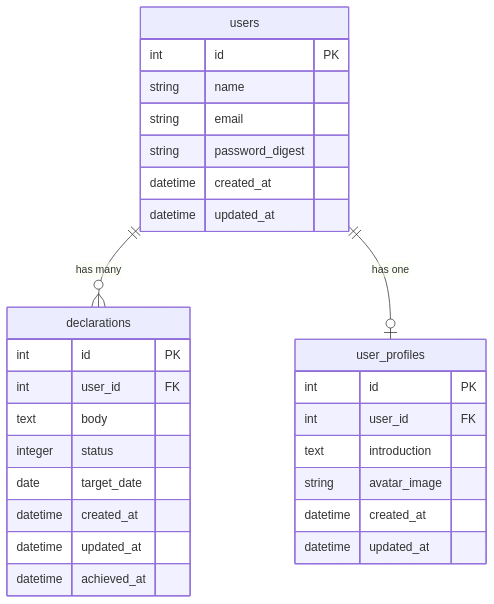
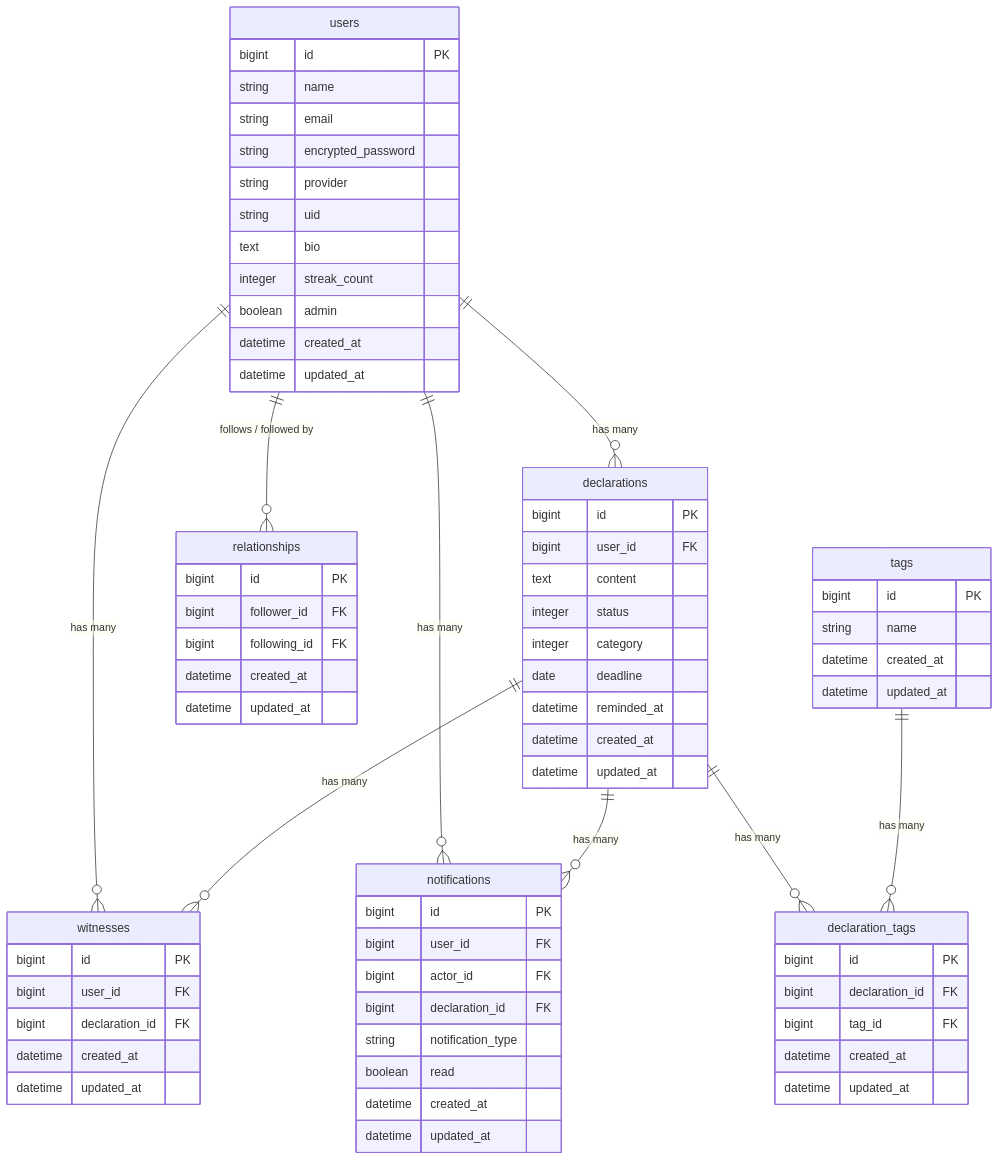
The diagram in README.md (yusuke-kr2/sengenkouka), drawn with Mermaid before and after one commit. The commit also changed other lines of this file, not shown here.

````diff
--- a/README.md
+++ b/README.md
@@ -282,34 +150,79 @@
 ```mermaid
 erDiagram
   users {
-    int id PK
+    bigint id PK
     string name
     string email
-    string password_digest
+    string encrypted_password
+    string provider
+    string uid
+    text bio
+    integer streak_count
+    boolean admin
     datetime created_at
     datetime updated_at
   }
 
   declarations {
-    int id PK
-    int user_id FK
-    text body
+    bigint id PK
+    bigint user_id FK
+    text content
     integer status
-    date target_date
+    integer category
+    date deadline
+    datetime reminded_at
     datetime created_at
     datetime updated_at
-    datetime achieved_at
   }
 
-  user_profiles {
-    int id PK
-    int user_id FK
-    text introduction
-    string avatar_image
+  relationships {
+    bigint id PK
+    bigint follower_id FK
+    bigint following_id FK
+    datetime created_at
+    datetime updated_at
+  }
+
+  witnesses {
+    bigint id PK
+    bigint user_id FK
+    bigint declaration_id FK
+    datetime created_at
+    datetime updated_at
+  }
+
+  notifications {
+    bigint id PK
+    bigint user_id FK
+    bigint actor_id FK
+    bigint declaration_id FK
+    string notification_type
+    boolean read
+    datetime created_at
+    datetime updated_at
+  }
+
+  tags {
+    bigint id PK
+    string name
+    datetime created_at
+    datetime updated_at
+  }
+
+  declaration_tags {
+    bigint id PK
+    bigint declaration_id FK
+    bigint tag_id FK
     datetime created_at
     datetime updated_at
   }
 
   users ||--o{ declarations : "has many"
-  users ||--o| user_profiles : "has one"
+  users ||--o{ relationships : "follows / followed by"
+  users ||--o{ witnesses : "has many"
+  users ||--o{ notifications : "has many"
+  declarations ||--o{ witnesses : "has many"
+  declarations ||--o{ notifications : "has many"
+  declarations ||--o{ declaration_tags : "has many"
+  tags ||--o{ declaration_tags : "has many"
 ```
````
